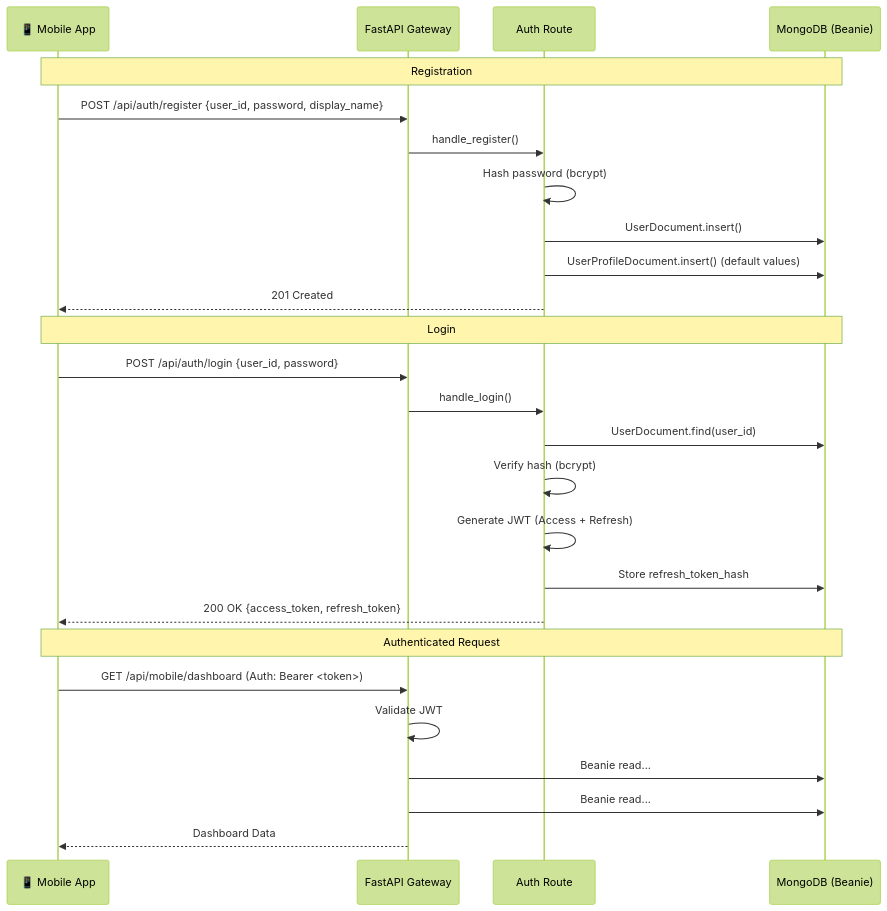
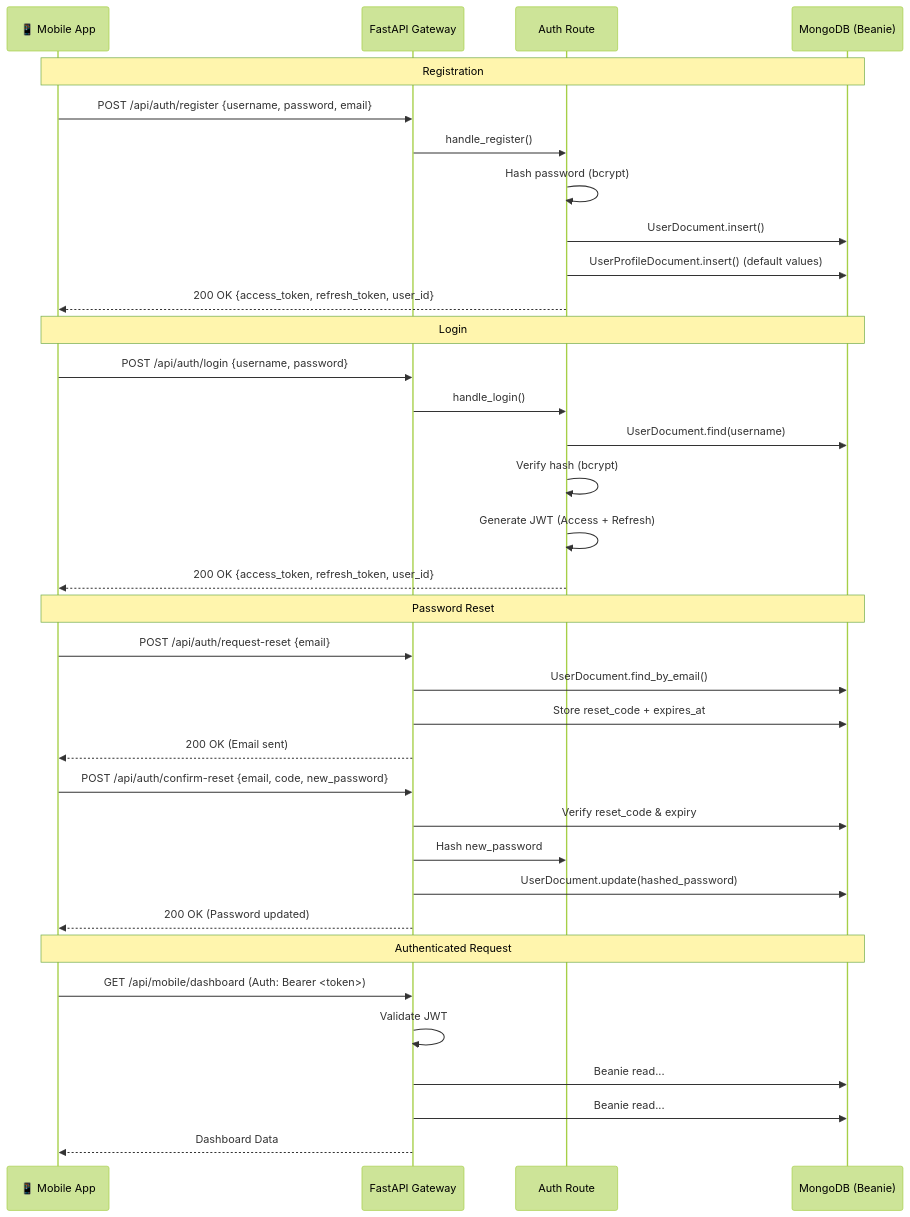
Before and after one commit to nqhuy44/chiwi: diagram 19 of 20 in docs/FLOWS.md, drawn with Mermaid (forest theme). The commit also changed 8 other files, not shown here.

````diff
--- a/docs/FLOWS.md
+++ b/docs/FLOWS.md
@@ -460,31 +460,41 @@
 ```mermaid
 sequenceDiagram
     participant App as 📱 Mobile App
     participant GW as FastAPI Gateway
     participant Auth as Auth Route
     participant Mongo as MongoDB (Beanie)
 
     Note over App, Mongo: Registration
-    App->>GW: POST /api/auth/register {user_id, password, display_name}
+    App->>GW: POST /api/auth/register {username, password, email}
     GW->>Auth: handle_register()
     Auth->>Auth: Hash password (bcrypt)
     Auth->>Mongo: UserDocument.insert()
     Auth->>Mongo: UserProfileDocument.insert() (default values)
-    Auth-->>App: 201 Created
+    Auth-->>App: 200 OK {access_token, refresh_token, user_id}
 
     Note over App, Mongo: Login
-    App->>GW: POST /api/auth/login {user_id, password}
+    App->>GW: POST /api/auth/login {username, password}
     GW->>Auth: handle_login()
-    Auth->>Mongo: UserDocument.find(user_id)
+    Auth->>Mongo: UserDocument.find(username)
     Auth->>Auth: Verify hash (bcrypt)
     Auth->>Auth: Generate JWT (Access + Refresh)
-    Auth->>Mongo: Store refresh_token_hash
-    Auth-->>App: 200 OK {access_token, refresh_token}
+    Auth-->>App: 200 OK {access_token, refresh_token, user_id}
+
+    Note over App, Mongo: Password Reset
+    App->>GW: POST /api/auth/request-reset {email}
+    GW->>Mongo: UserDocument.find_by_email()
+    GW->>Mongo: Store reset_code + expires_at
+    GW-->>App: 200 OK (Email sent)
+    App->>GW: POST /api/auth/confirm-reset {email, code, new_password}
+    GW->>Mongo: Verify reset_code & expiry
+    GW->>Auth: Hash new_password
+    GW->>Mongo: UserDocument.update(hashed_password)
+    GW-->>App: 200 OK (Password updated)
 
     Note over App, Mongo: Authenticated Request
     App->>GW: GET /api/mobile/dashboard (Auth: Bearer <token>)
     GW->>GW: Validate JWT
     GW->>Mongo: Beanie read...
     GW->>Mongo: Beanie read...
     GW-->>App: Dashboard Data
 ```
````
